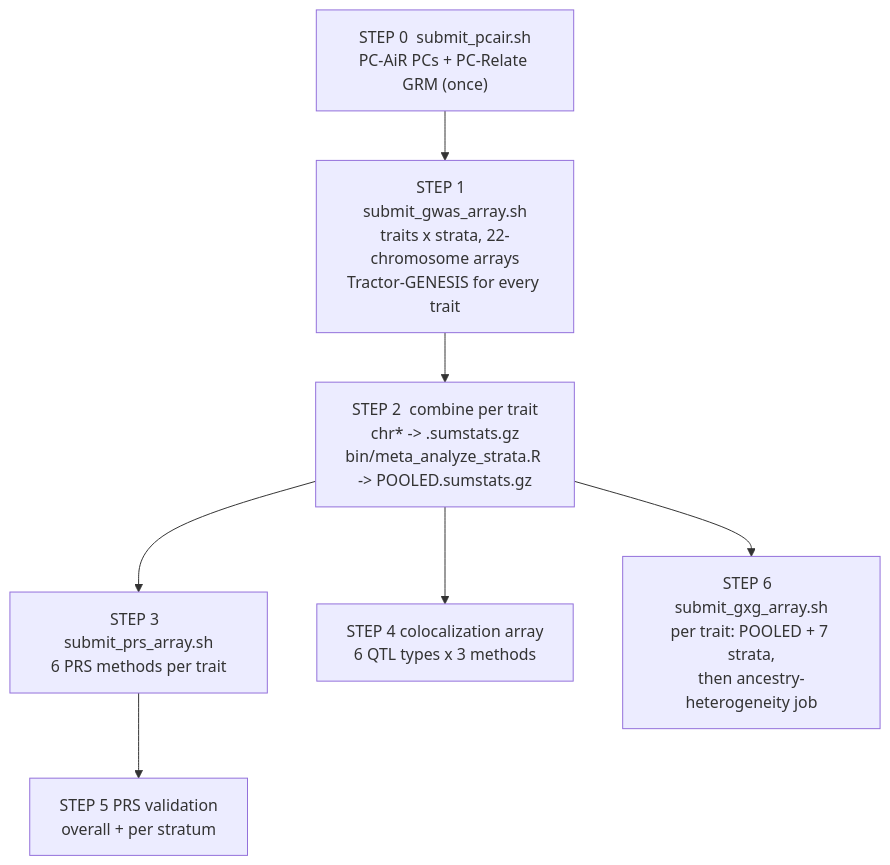
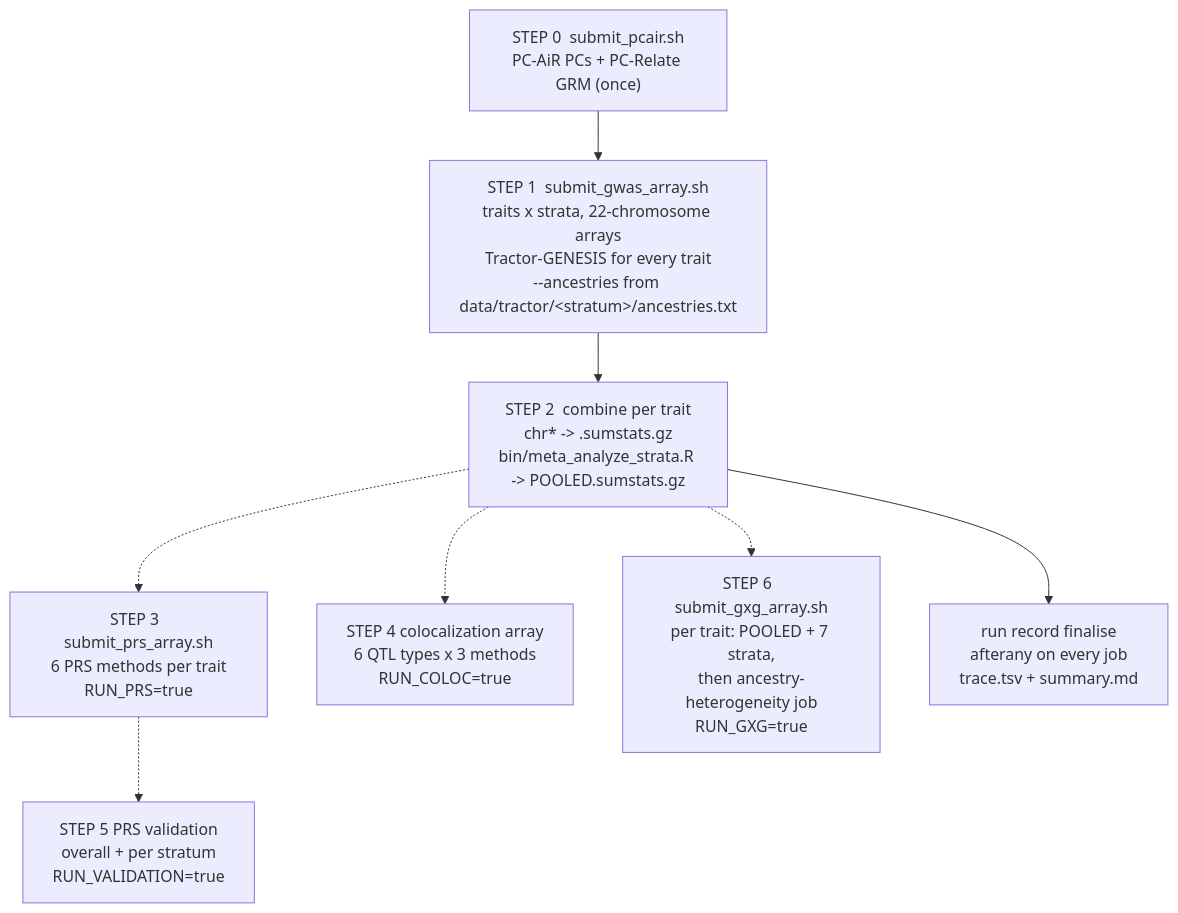
The fourth of 4 diagrams in docs/WORKFLOW.md (chrisrob3312/Nextflow_GWAS_pipeline), drawn with Mermaid before and after one commit. The commit also changed other lines of this file and 1 other file, not shown here.

Commit message:
README, WORKFLOW: env setup, SLURM_PARTITION/ACCOUNT, RUN_* gates, run record
README.md gains "Running on SLURM without Nextflow": the four conda envs and
activate_env.sh (TMPDIR on disk), the required SLURM_PARTITION and SLURM_ACCOUNT, the
dry run and launch, the RUN_* gates and the deferred line, the per-stratum
ancestries.txt, and where the run record lands. docs/WORKFLOW.md section 5 lists
MIN_STRATUM_N, MAC_MIN and the RUN_* switches; section 6 shows the gated steps and the
finalise job and describes env activation, partition/account and the run record; the
shell/ wrappers are marked debug-only there too. Details stay in docs/HPC_SITE.md.

Claude-Session: https://claude.ai/code/session_01UJzyLipSGrJcPPXs1ymenu

````diff
--- a/docs/WORKFLOW.md
+++ b/docs/WORKFLOW.md
@@ -184,15 +185,17 @@
 ```mermaid
 flowchart TD
     S0["STEP 0  submit_pcair.sh<br/>PC-AiR PCs + PC-Relate GRM (once)"]
-    S1["STEP 1  submit_gwas_array.sh<br/>traits x strata, 22-chromosome arrays<br/>Tractor-GENESIS for every trait"]
+    S1["STEP 1  submit_gwas_array.sh<br/>traits x strata, 22-chromosome arrays<br/>Tractor-GENESIS for every trait<br/>--ancestries from data/tractor/&lt;stratum&gt;/ancestries.txt"]
     S0 --> S1
     S2["STEP 2  combine per trait<br/>chr* -> <stratum>.sumstats.gz<br/>bin/meta_analyze_strata.R -> POOLED.sumstats.gz"]
-    S3["STEP 3  submit_prs_array.sh<br/>6 PRS methods per trait"]
-    S4["STEP 4  colocalization array<br/>6 QTL types x 3 methods"]
-    S5["STEP 5  PRS validation<br/>overall + per stratum"]
-    S6["STEP 6  submit_gxg_array.sh<br/>per trait: POOLED + 7 strata,<br/>then ancestry-heterogeneity job"]
+    S3["STEP 3  submit_prs_array.sh<br/>6 PRS methods per trait<br/>RUN_PRS=true"]
+    S4["STEP 4  colocalization array<br/>6 QTL types x 3 methods<br/>RUN_COLOC=true"]
+    S5["STEP 5  PRS validation<br/>overall + per stratum<br/>RUN_VALIDATION=true"]
+    S6["STEP 6  submit_gxg_array.sh<br/>per trait: POOLED + 7 strata,<br/>then ancestry-heterogeneity job<br/>RUN_GXG=true"]
+    F["run record finalise<br/>afterany on every job<br/>trace.tsv + summary.md"]
     S1 --> S2
-    S2 --> S3 --> S5
-    S2 --> S4
-    S2 --> S6
+    S2 -.-> S3 -.-> S5
+    S2 -.-> S4
+    S2 -.-> S6
+    S2 --> F
 ```
````
